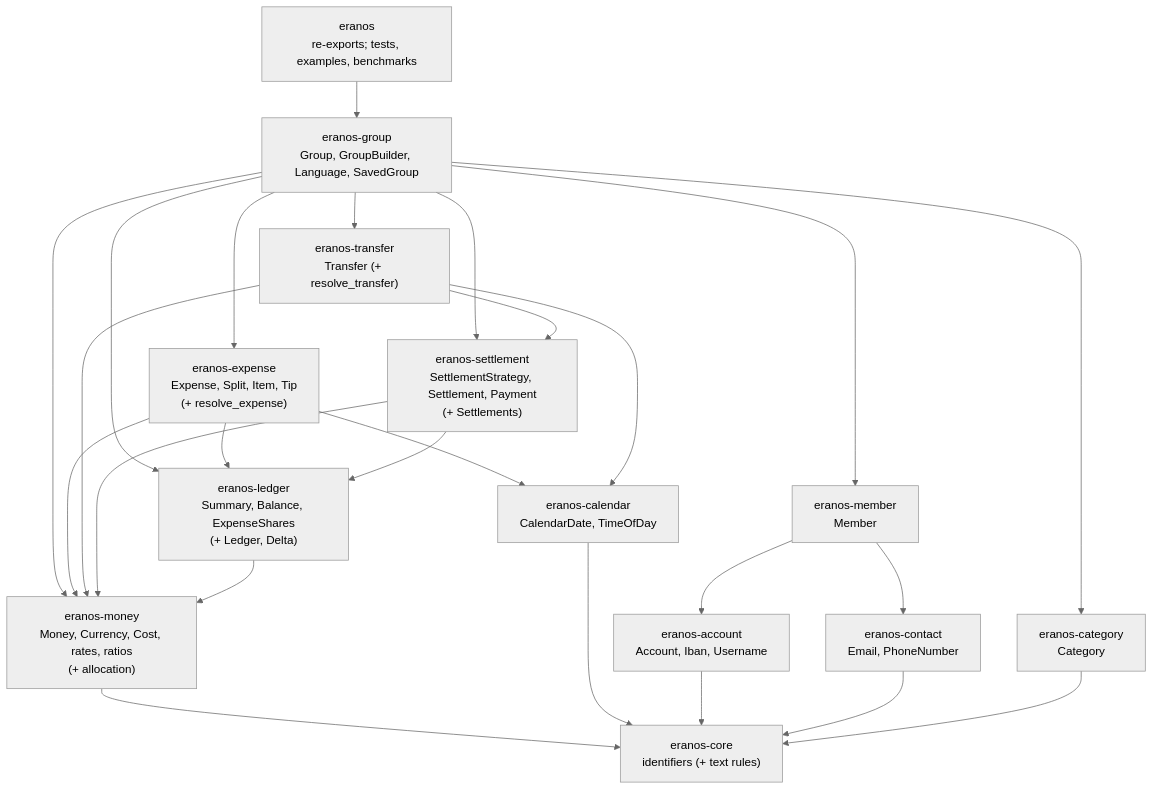
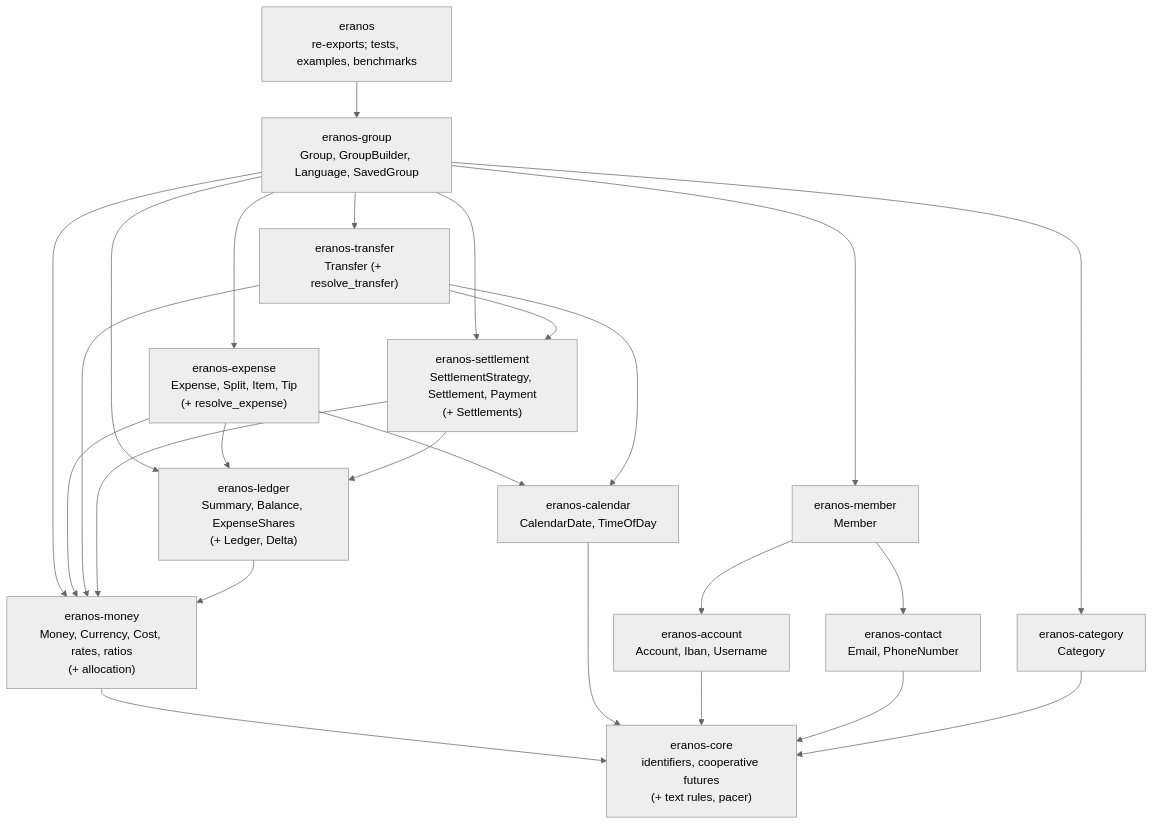
The first of 2 diagrams in docs/ARCHITECTURE.md (cristiancristea00/eranos), drawn with Mermaid (neutral theme) before and after one commit. The commit also changed other lines of this file and 4 other files, not shown here.

````diff
--- a/docs/ARCHITECTURE.md
+++ b/docs/ARCHITECTURE.md
@@ -66,40 +66,40 @@
 ```mermaid
 flowchart TD
     FACADE["eranos<br/>re-exports; tests, examples, benchmarks"]
     GROUP["eranos-group<br/>Group, GroupBuilder, Language, SavedGroup"]
     EXPENSE["eranos-expense<br/>Expense, Split, Item, Tip<br/>(+ resolve_expense)"]
     TRANSFER["eranos-transfer<br/>Transfer (+ resolve_transfer)"]
     MEMBER["eranos-member<br/>Member"]
     CATEGORY["eranos-category<br/>Category"]
     SETTLEMENT["eranos-settlement<br/>SettlementStrategy, Settlement, Payment<br/>(+ Settlements)"]
     ACCOUNT["eranos-account<br/>Account, Iban, Username"]
     CONTACT["eranos-contact<br/>Email, PhoneNumber"]
     LEDGER["eranos-ledger<br/>Summary, Balance, ExpenseShares<br/>(+ Ledger, Delta)"]
     CALENDAR["eranos-calendar<br/>CalendarDate, TimeOfDay"]
     MONEY["eranos-money<br/>Money, Currency, Cost, rates, ratios<br/>(+ allocation)"]
-    CORE["eranos-core<br/>identifiers (+ text rules)"]
+    CORE["eranos-core<br/>identifiers, cooperative futures<br/>(+ text rules, pacer)"]
     FACADE --> GROUP
     GROUP --> EXPENSE
     GROUP --> TRANSFER
     GROUP --> MEMBER
     GROUP --> CATEGORY
     GROUP --> SETTLEMENT
     GROUP --> LEDGER
     GROUP --> MONEY
     EXPENSE --> LEDGER
     EXPENSE --> CALENDAR
     EXPENSE --> MONEY
     TRANSFER --> SETTLEMENT
     TRANSFER --> CALENDAR
     TRANSFER --> MONEY
     MEMBER --> ACCOUNT
     MEMBER --> CONTACT
     SETTLEMENT --> LEDGER
     SETTLEMENT --> MONEY
     LEDGER --> MONEY
     MONEY --> CORE
     CALENDAR --> CORE
     ACCOUNT --> CORE
     CONTACT --> CORE
     CATEGORY --> CORE
 ```
````
